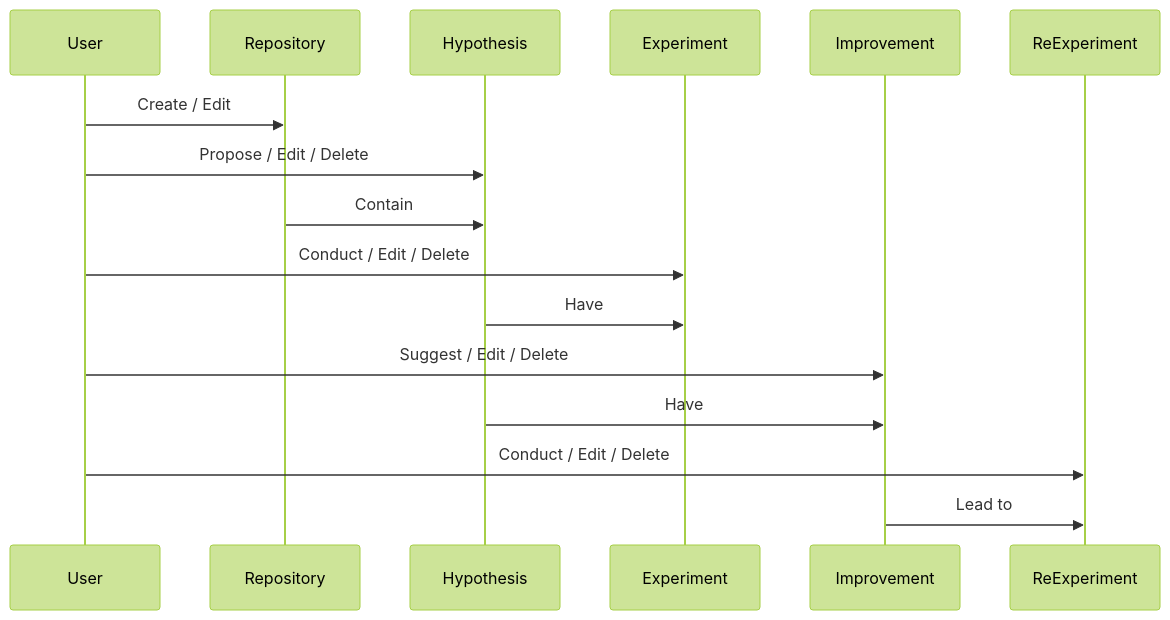
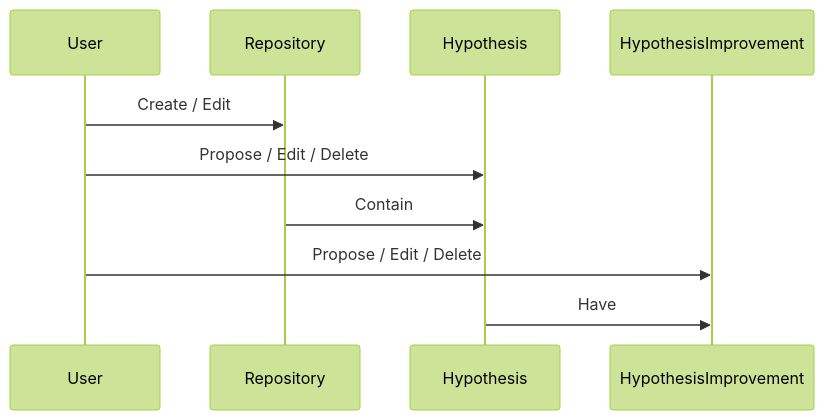
Before and after one commit to Escher-js/giant_dev_ai: the second of 2 diagrams in README.md, drawn with Mermaid (forest theme). The commit also changed other lines of this file, not shown here.

````diff
--- a/README.md
+++ b/README.md
@@ -41,19 +44,14 @@
 ```mermaid
 sequenceDiagram
     participant User
     participant Repository
     participant Hypothesis
-    participant Experiment
-    participant Improvement
-    participant ReExperiment
+    participant HypothesisImprovement
 
     User->>Repository: Create / Edit
     User->>Hypothesis: Propose / Edit / Delete
     Repository->>Hypothesis: Contain
-    User->>Experiment: Conduct / Edit / Delete
-    Hypothesis->>Experiment: Have
-    User->>Improvement: Suggest / Edit / Delete
-    Hypothesis->>Improvement: Have
-    User->>ReExperiment: Conduct / Edit / Delete
-    Improvement->>ReExperiment: Lead to
+    User->>HypothesisImprovement: Propose / Edit / Delete
+    Hypothesis->>HypothesisImprovement: Have
+
 ```
````
